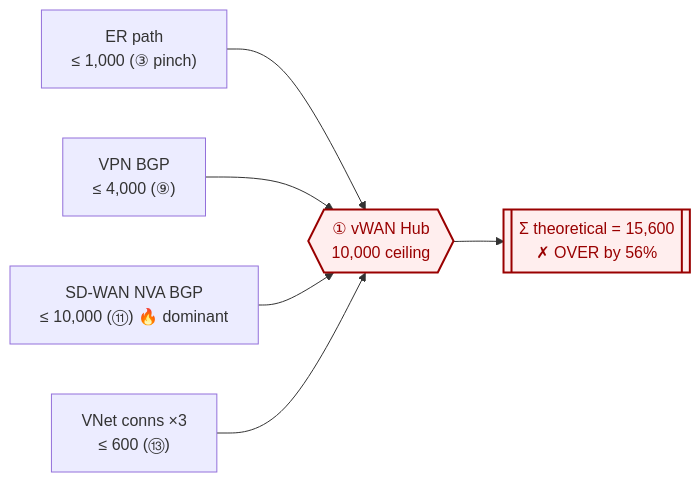
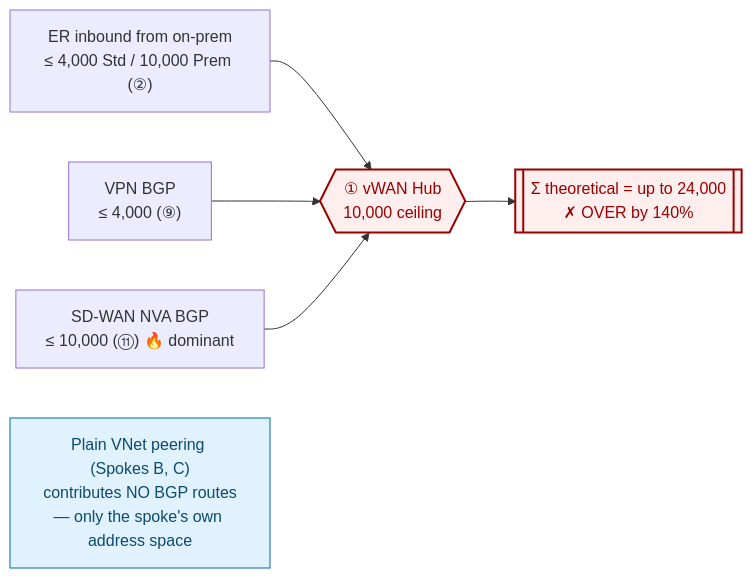
The second of 3 diagrams in README.md (adtork/vwan-routing-limits), drawn with Mermaid before and after one commit. The commit also changed other lines of this file, not shown here.

Commit message:
Clarify ER GW 1k cap is outbound only; pile-up diagram uses circuit SKU as inbound bound; drop VNet peering from BGP pile-up

````diff
--- a/README.md
+++ b/README.md
@@ -94,12 +94,15 @@
 ```mermaid
 flowchart LR
-    A["ER path<br/>≤ 1,000 (③ pinch)"] --> H{{"① vWAN Hub<br/>10,000 ceiling"}}
+    A["ER inbound from on-prem<br/>≤ 4,000 Std / 10,000 Prem (②)"] --> H{{"① vWAN Hub<br/>10,000 ceiling"}}
     B["VPN BGP<br/>≤ 4,000 (⑨)"] --> H
     C["SD-WAN NVA BGP<br/>≤ 10,000 (⑪) 🔥 dominant"] --> H
-    D["VNet conns ×3<br/>≤ 600 (⑬)"] --> H
 
-    H --> X[["Σ theoretical = 15,600<br/>✗ OVER by 56%"]]
+    H --> X[["Σ theoretical = up to 24,000<br/>✗ OVER by 140%"]]
+
+    note["Plain VNet peering (Spokes B, C)<br/>contributes NO BGP routes<br/>— only the spoke's own address space"]
 
     classDef danger fill:#fee,stroke:#900,stroke-width:2px,color:#900
+    classDef info fill:#e0f2fe,stroke:#0369a1,color:#0c4a6e
     class X,H danger
+    class note info
 ```
````
